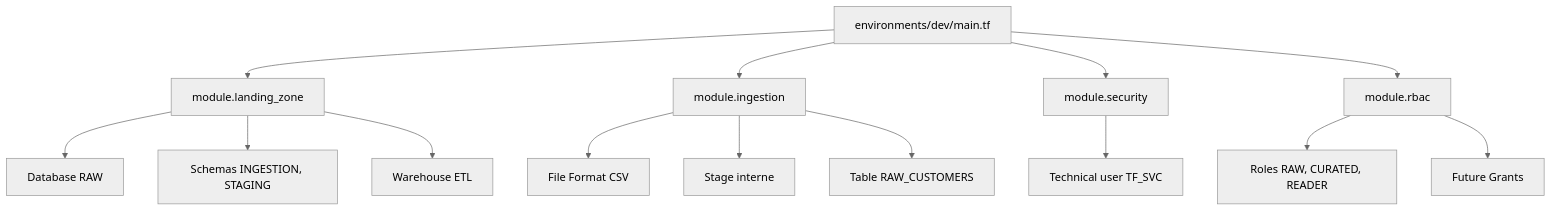
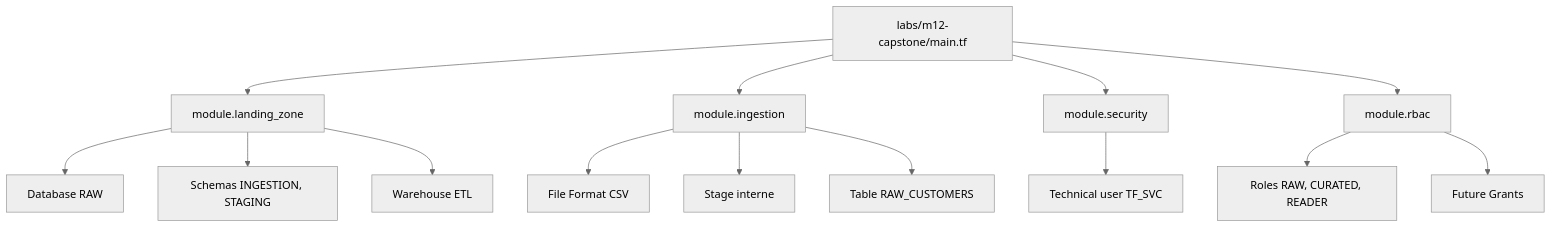
One commit to msellamiTN/Snowflake-terraform changed the first of 2 diagrams in courses/day-04/module-12-capstone/lab.md. Above: the diagram before and after it, drawn with Mermaid (neutral theme). The commit also changed other lines of this file and 169 other files, not shown here.

````diff
--- a/courses/day-04/module-12-capstone/lab.md
+++ b/courses/day-04/module-12-capstone/lab.md
@@ -41,16 +47,16 @@
 ```mermaid
 flowchart TD
-    ENV[environments/dev/main.tf] --> LZ[module.landing_zone]
+    ENV[labs/m12-capstone/main.tf] --> LZ[module.landing_zone]
     ENV --> ING[module.ingestion]
     ENV --> SEC[module.security]
     ENV --> RBAC[module.rbac]
     LZ --> DB[Database RAW]
     LZ --> SC[Schemas INGESTION, STAGING]
     LZ --> WH[Warehouse ETL]
     ING --> FF[File Format CSV]
     ING --> STG[Stage interne]
     ING --> TBL[Table RAW_CUSTOMERS]
     SEC --> USER[Technical user TF_SVC]
     RBAC --> ROLES[Roles RAW, CURATED, READER]
     RBAC --> GRANTS[Future Grants]
 ```
````
